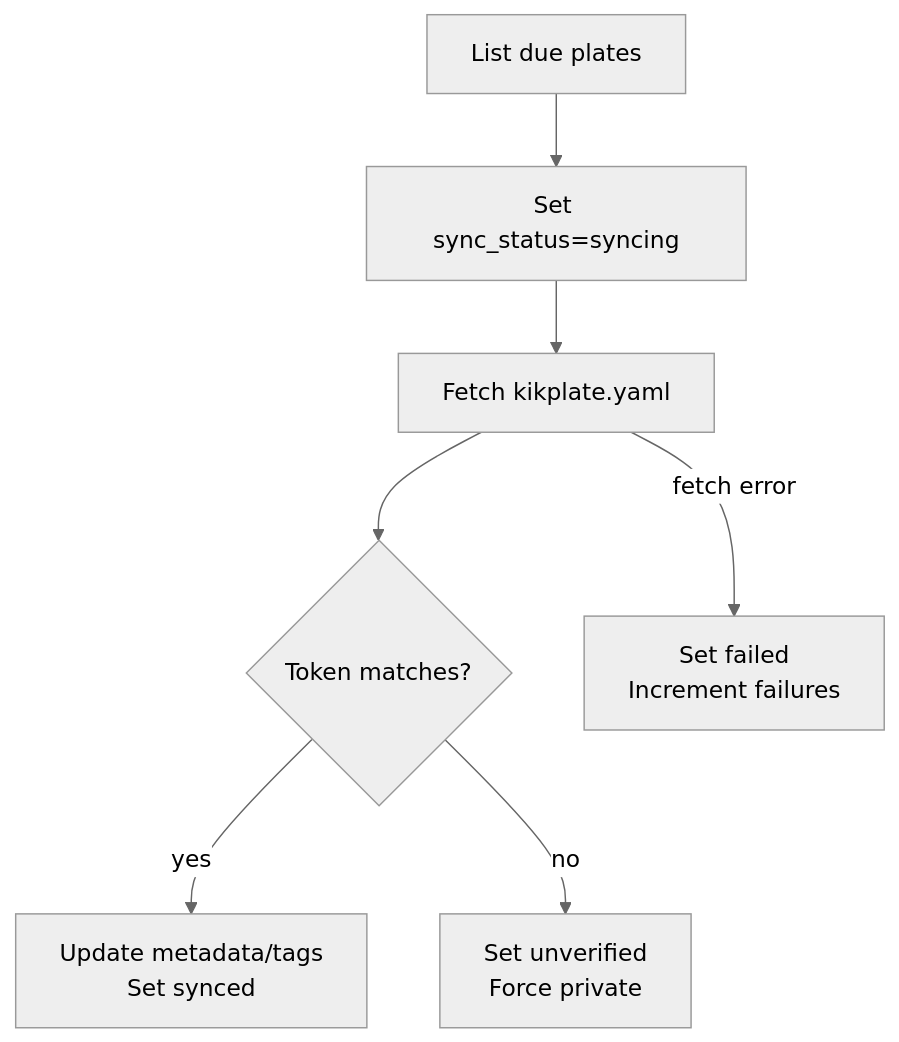
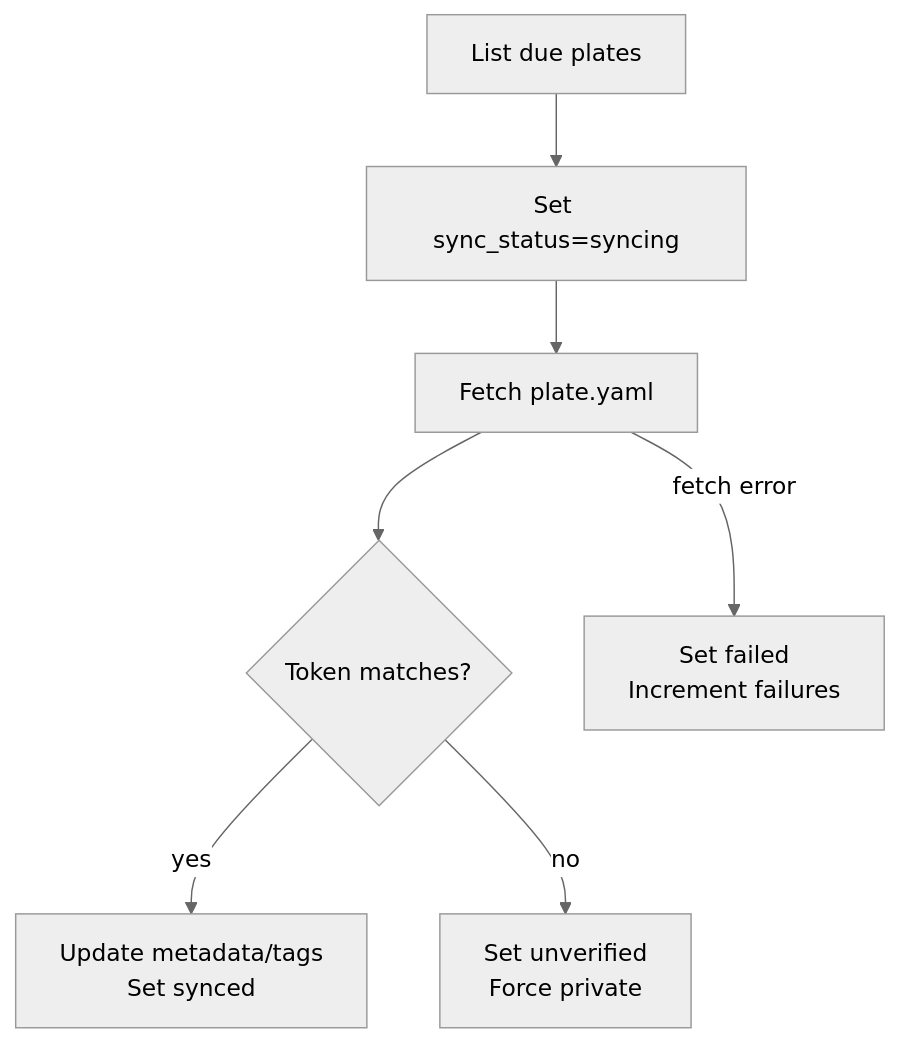
One commit to corpobit/kikplate changed the eighth of 8 diagrams in docs/architecture.md. Above: the diagram before and after it, drawn with Mermaid (neutral theme). The commit also changed other lines of this file and 8 other files, not shown here.

Commit message:
feat(manifest): make plate.yaml primary for submit verify sync with kikplate fallback

````diff
--- a/docs/architecture.md
+++ b/docs/architecture.md
@@ -360,15 +360,15 @@
 ```mermaid
 flowchart TD
 	DUE[List due plates]
 	SYNCING[Set sync_status=syncing]
-	FETCH[Fetch kikplate.yaml]
+	FETCH[Fetch plate.yaml]
 	TOK{Token matches?}
 	OK[Update metadata/tags\nSet synced]
 	BAD[Set unverified\nForce private]
 	ERR[Set failed\nIncrement failures]
 
 	DUE --> SYNCING --> FETCH --> TOK
 	TOK -->|yes| OK
 	TOK -->|no| BAD
 	FETCH -->|fetch error| ERR
 ```
````
